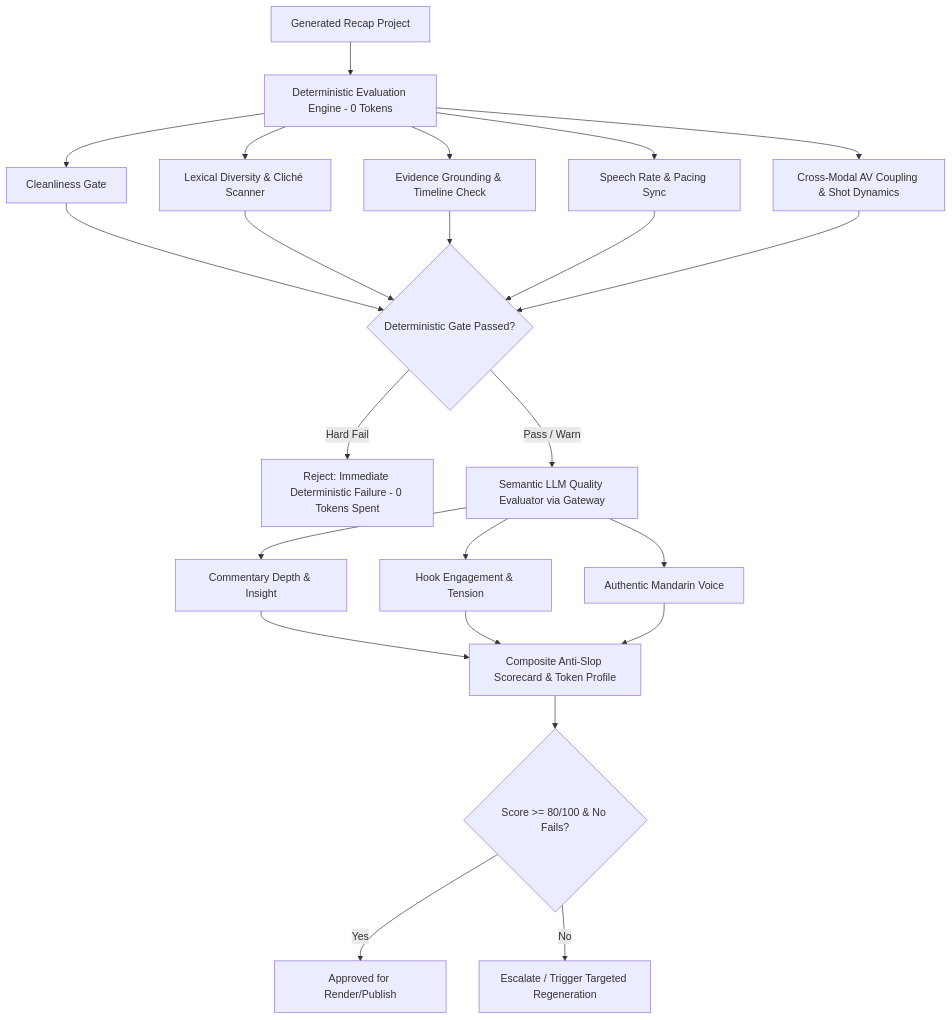
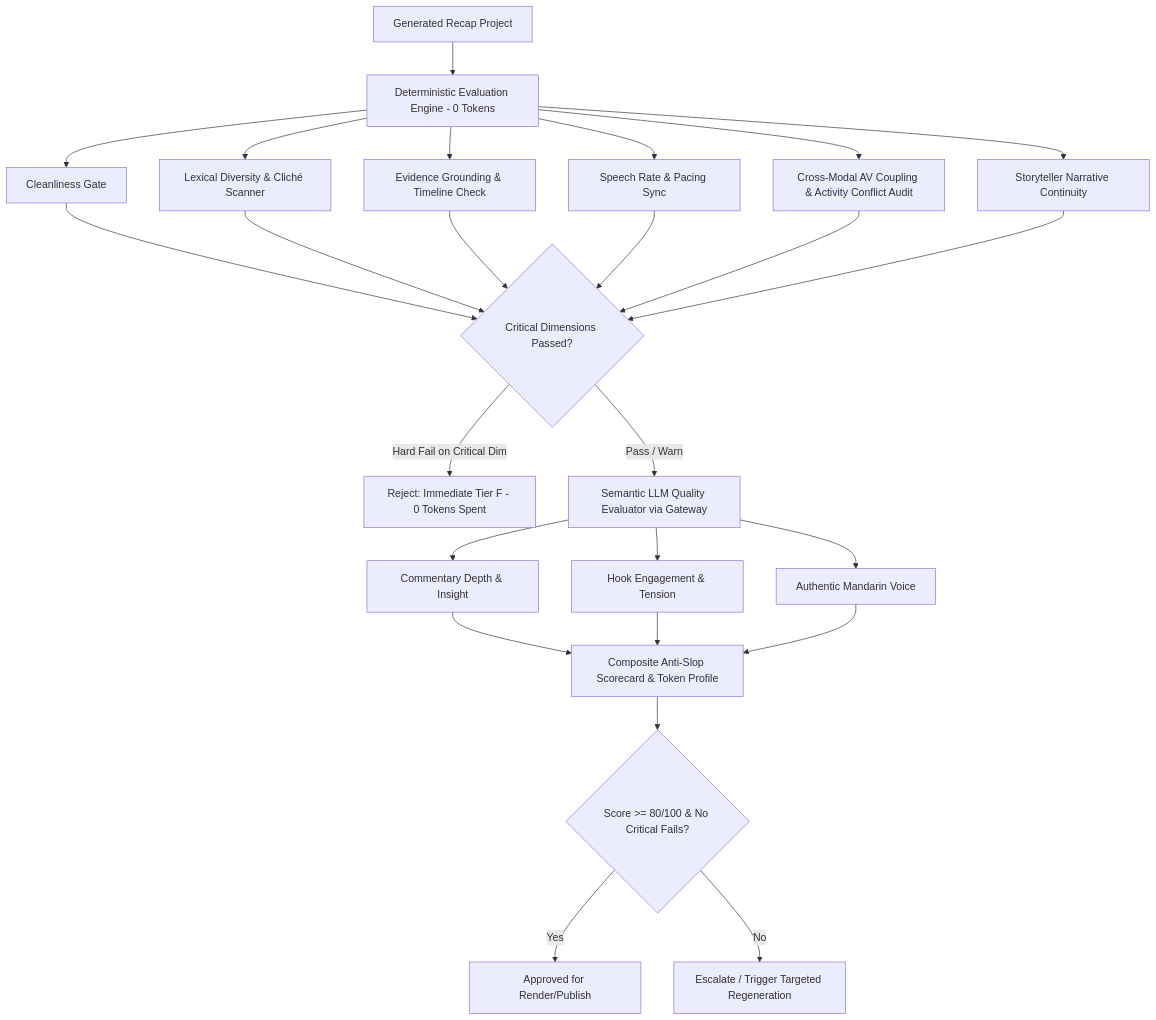
Before and after one commit to smartguan/movieRecap: the diagram in docs/eval_spec.md, drawn with Mermaid. The commit also changed other lines of this file and 9 other files, not shown here.

````diff
--- a/docs/eval_spec.md
+++ b/docs/eval_spec.md
@@ -41,22 +42,23 @@
 ```mermaid
 graph TD
     A[Generated Recap Project] --> B[Deterministic Evaluation Engine - 0 Tokens]
     B --> B1[Cleanliness Gate]
     B --> B2[Lexical Diversity & Cliché Scanner]
     B --> B3[Evidence Grounding & Timeline Check]
     B --> B4[Speech Rate & Pacing Sync]
-    B --> B5[Cross-Modal AV Coupling & Shot Dynamics]
+    B --> B5[Cross-Modal AV Coupling & Activity Conflict Audit]
+    B --> B6[Storyteller Narrative Continuity]
     
-    B1 & B2 & B3 & B4 & B5 --> C{Deterministic Gate Passed?}
-    C -- Hard Fail --> F[Reject: Immediate Deterministic Failure - 0 Tokens Spent]
+    B1 & B2 & B3 & B4 & B5 & B6 --> C{Critical Dimensions Passed?}
+    C -- Hard Fail on Critical Dim --> F[Reject: Immediate Tier F - 0 Tokens Spent]
     C -- Pass / Warn --> D[Semantic LLM Quality Evaluator via Gateway]
     
     D --> D1[Commentary Depth & Insight]
     D --> D2[Hook Engagement & Tension]
     D --> D3[Authentic Mandarin Voice]
     
     D1 & D2 & D3 --> E[Composite Anti-Slop Scorecard & Token Profile]
-    E --> G{Score >= 80/100 & No Fails?}
+    E --> G{Score >= 80/100 & No Critical Fails?}
     G -- Yes --> H[Approved for Render/Publish]
     G -- No --> I[Escalate / Trigger Targeted Regeneration]
 ```
````
